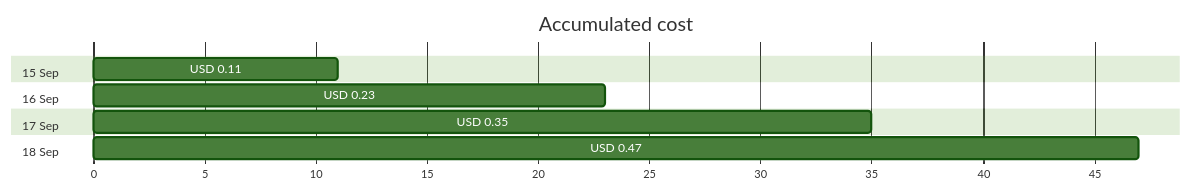
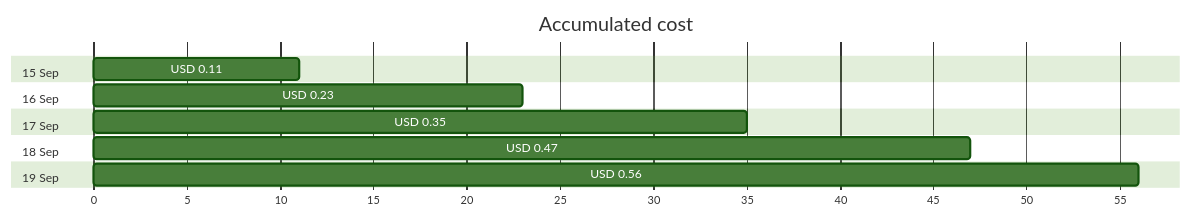
The first of 4 diagrams in cost-reports/personal-network/vpn-server-public-ip.md (jpfulton/azure-personal-reports), drawn with Mermaid (forest theme) before and after one commit. The commit also changed other lines of this file and 18 other files, not shown here.

````diff
--- a/cost-reports/personal-network/vpn-server-public-ip.md
+++ b/cost-reports/personal-network/vpn-server-public-ip.md
@@ -20,14 +20,16 @@
 ```mermaid
 gantt
    title Accumulated cost
    dateFormat  X
    axisFormat %s
    section 15 Sep
    USD 0.11 :0, 11
    section 16 Sep
    USD 0.23 :0, 23
    section 17 Sep
    USD 0.35 :0, 35
    section 18 Sep
    USD 0.47 :0, 47
+   section 19 Sep
+   USD 0.56 :0, 56
 ```
````
